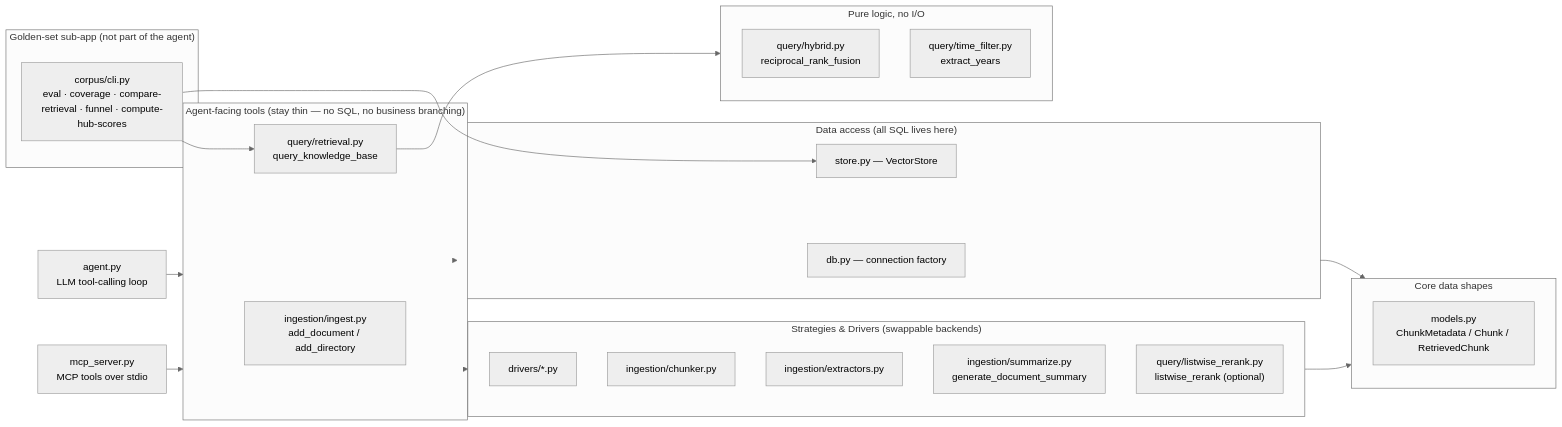
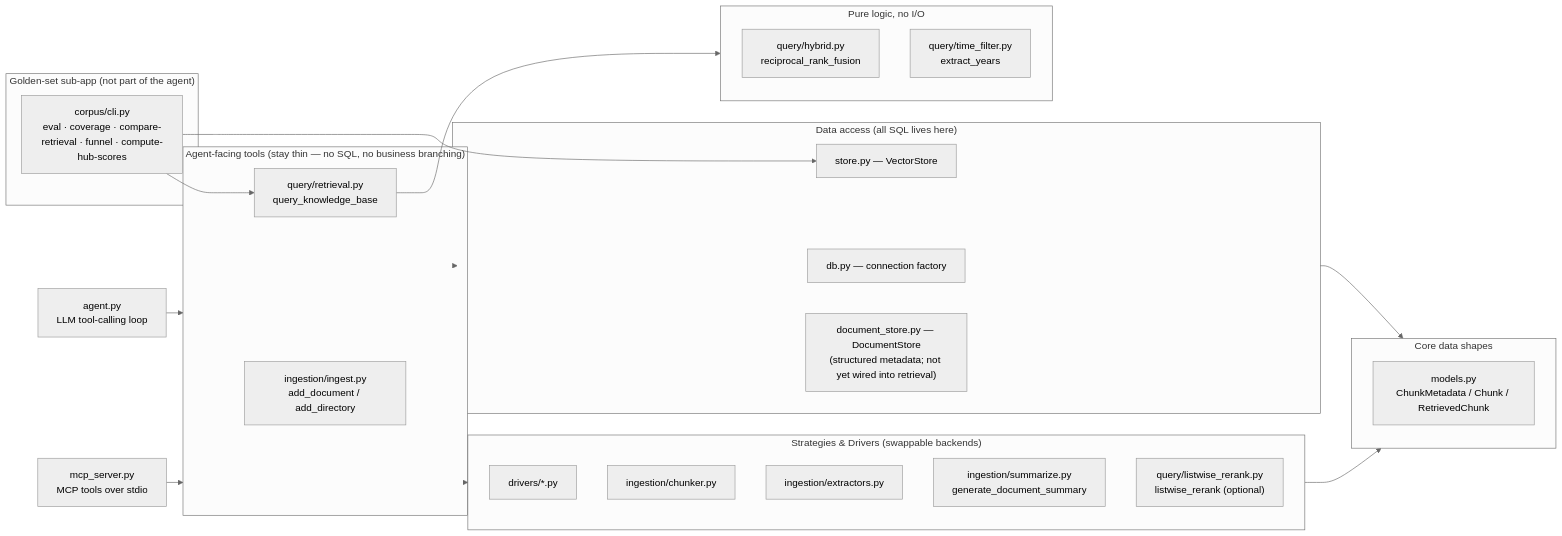
Before and after one commit to olythy/docs-agent: the third of 3 diagrams in docs/architecture.md, drawn with Mermaid (neutral theme). The commit also changed 4 other files, not shown here.

First line of the commit message:
docs: record structured-metadata milestone 1

````diff
--- a/docs/architecture.md
+++ b/docs/architecture.md
@@ -134,39 +134,40 @@
 ```mermaid
 flowchart LR
     subgraph Orchestrators["Agent-facing tools (stay thin — no SQL, no business branching)"]
         ingest["ingestion/ingest.py<br/>add_document / add_directory"]
         retrieval["query/retrieval.py<br/>query_knowledge_base"]
     end
     subgraph Strategies["Strategies & Drivers (swappable backends)"]
         drivers["drivers/*.py"]
         chunker["ingestion/chunker.py"]
         extractors["ingestion/extractors.py"]
         summarize["ingestion/summarize.py<br/>generate_document_summary"]
         listwise["query/listwise_rerank.py<br/>listwise_rerank (optional)"]
     end
     subgraph DataAccess["Data access (all SQL lives here)"]
         db["db.py — connection factory"]
         store["store.py — VectorStore"]
+        docstore["document_store.py — DocumentStore<br/>(structured metadata; not yet wired into retrieval)"]
     end
     subgraph Shapes["Core data shapes"]
         models["models.py<br/>ChunkMetadata / Chunk / RetrievedChunk"]
     end
     subgraph Fusion["Pure logic, no I/O"]
         hybrid["query/hybrid.py<br/>reciprocal_rank_fusion"]
         timefilter["query/time_filter.py<br/>extract_years"]
     end
     subgraph Measuring["Golden-set sub-app (not part of the agent)"]
         corpus["corpus/cli.py<br/>eval · coverage · compare-retrieval · funnel · compute-hub-scores"]
     end
 
     Orchestrators --> Strategies
     Orchestrators --> DataAccess
     Strategies --> Shapes
     DataAccess --> Shapes
     retrieval --> Fusion
     corpus --> retrieval
     corpus --> store
 
     agent["agent.py<br/>LLM tool-calling loop"] --> Orchestrators
     mcp["mcp_server.py<br/>MCP tools over stdio"] --> Orchestrators
 ```
````
